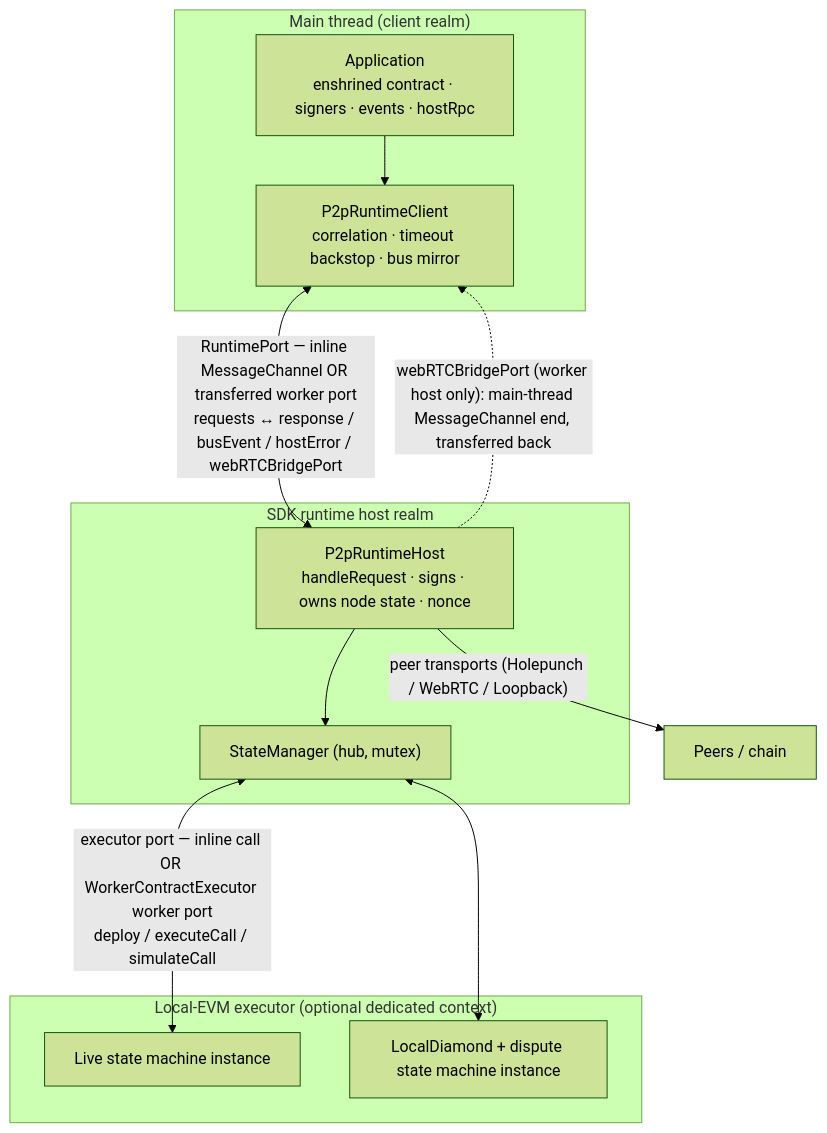
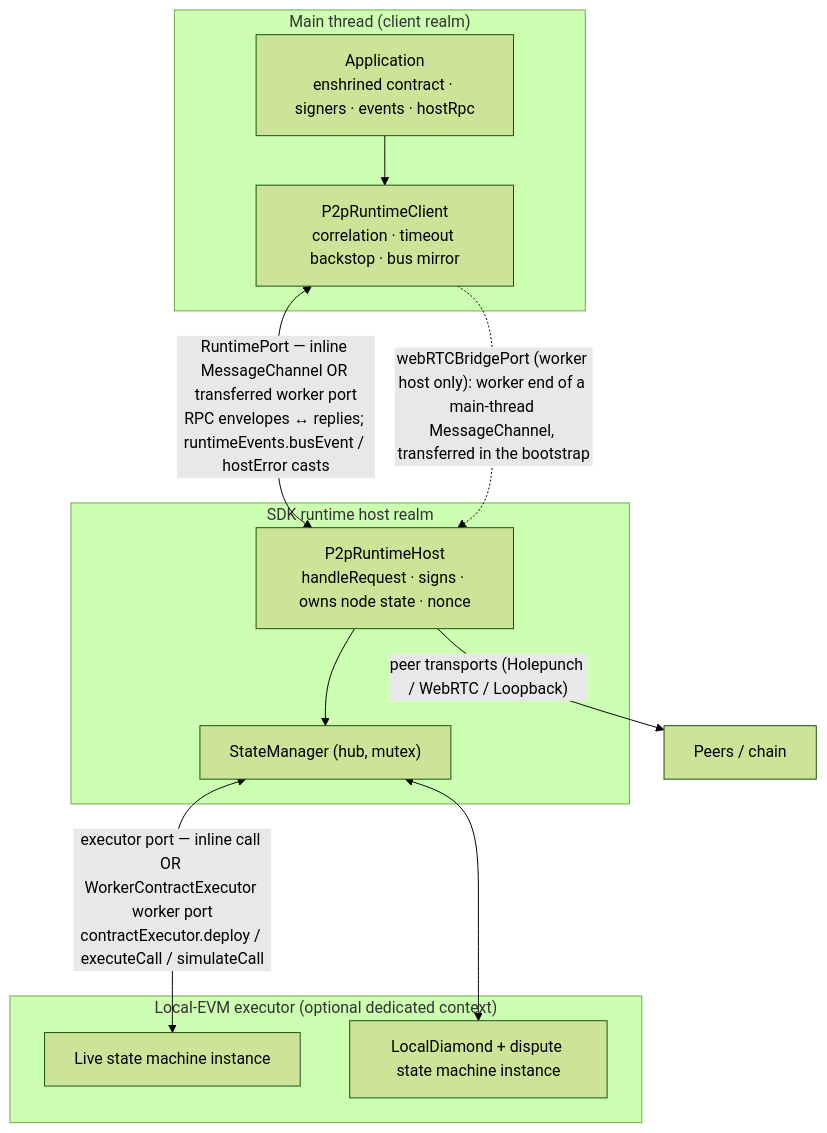
The diagram in docs/spec/implementation/views/architecture/sdk/runtime-and-concurrency.md (peer3to/state-channels-plus), drawn with Mermaid (forest theme) before and after one commit. The commit also changed other lines of this file and 84 other files, not shown here.

````diff
--- a/docs/spec/implementation/views/architecture/sdk/runtime-and-concurrency.md
+++ b/docs/spec/implementation/views/architecture/sdk/runtime-and-concurrency.md
@@ -159,25 +154,25 @@
 ```mermaid
 flowchart TB
     subgraph MT["Main thread (client realm)"]
         APP["Application<br/>enshrined contract · signers · events · hostRpc"]
         CLIENT["P2pRuntimeClient<br/>correlation · timeout backstop · bus mirror"]
         APP --> CLIENT
     end
 
     subgraph HOST["SDK runtime host realm"]
         HOSTENTRY["P2pRuntimeHost<br/>handleRequest · signs · owns node state · nonce"]
         SM["StateManager (hub, mutex)"]
         HOSTENTRY --> SM
     end
 
     subgraph EVM["Local-EVM executor (optional dedicated context)"]
         LIVE["Live state machine instance"]
         DIAMOND["LocalDiamond + dispute state machine instance"]
     end
 
-    CLIENT <-->|"RuntimePort — inline MessageChannel OR transferred worker port<br/>requests ↔ response / busEvent / hostError / webRTCBridgePort"| HOSTENTRY
-    SM <-->|"executor port — inline call OR WorkerContractExecutor worker port<br/>deploy / executeCall / simulateCall"| LIVE
+    CLIENT <-->|"RuntimePort — inline MessageChannel OR transferred worker port<br/>RPC envelopes ↔ replies; runtimeEvents.busEvent / hostError casts"| HOSTENTRY
+    SM <-->|"executor port — inline call OR WorkerContractExecutor worker port<br/>contractExecutor.deploy / executeCall / simulateCall"| LIVE
     SM <--> DIAMOND
-    HOSTENTRY -. "webRTCBridgePort (worker host only): main-thread MessageChannel end, transferred back" .-> CLIENT
+    CLIENT -. "webRTCBridgePort (worker host only): worker end of a main-thread MessageChannel, transferred in the bootstrap" .-> HOSTENTRY
     HOSTENTRY -->|"peer transports (Holepunch / WebRTC / Loopback)"| PEERS["Peers / chain"]
 ```
````
